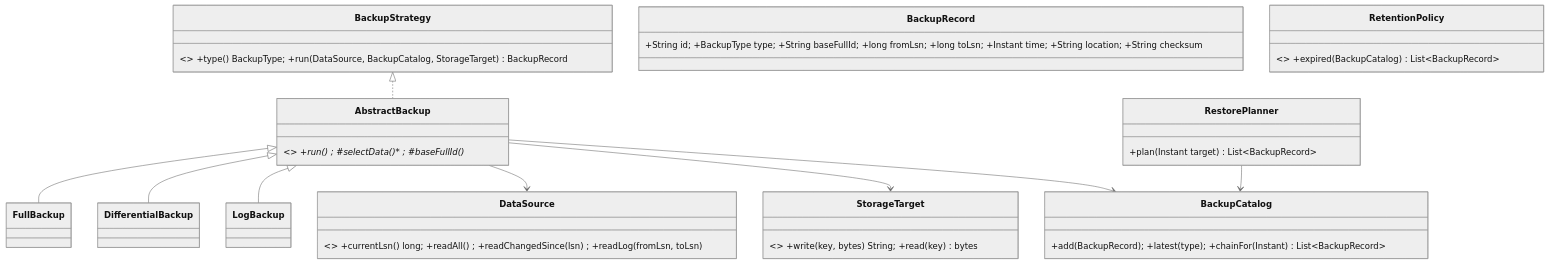
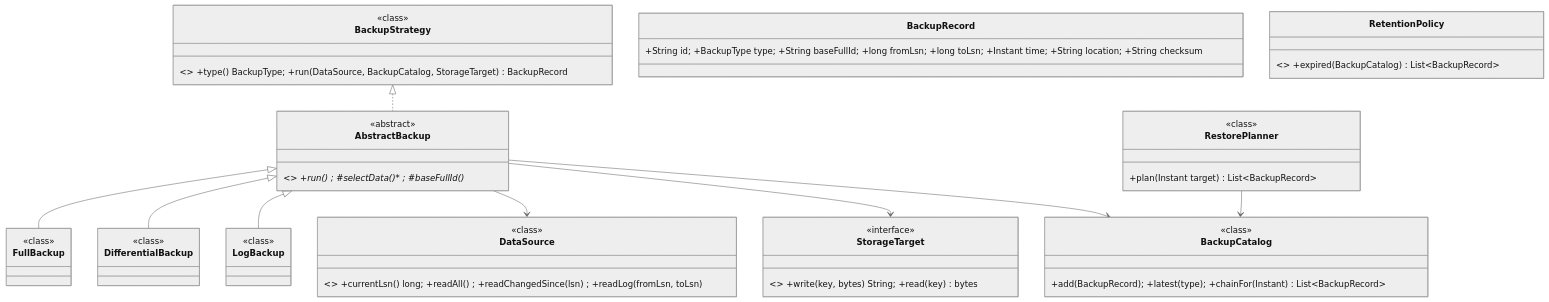
One commit to amarkum/amarkumar.guru changed the first of 2 diagrams in system-design/lld/22-backup-system.md. Above: the diagram before and after it, drawn with Mermaid (neutral theme). The commit also changed 27 other files, not shown here.

Commit message:
Label every UML type as interface, enumeration, abstract, record or class, add missing enums, and colour-code them.

````diff
--- a/system-design/lld/22-backup-system.md
+++ b/system-design/lld/22-backup-system.md
@@ -40,22 +40,46 @@
 ```mermaid
 classDiagram
     class BackupStrategy { <<interface>> +type() BackupType; +run(DataSource, BackupCatalog, StorageTarget) BackupRecord }
     class AbstractBackup { <<abstract>> +run() ; #selectData()* ; #baseFullId()* }
-    class FullBackup
-    class DifferentialBackup
-    class LogBackup
+    class FullBackup {
+      <<class>>
+    }
+    class DifferentialBackup {
+      <<class>>
+    }
+    class LogBackup {
+      <<class>>
+    }
     class DataSource { <<interface>> +currentLsn() long; +readAll() ; +readChangedSince(lsn) ; +readLog(fromLsn, toLsn) }
     class StorageTarget { <<interface>> +write(key, bytes) String; +read(key) bytes }
     class BackupRecord { +String id; +BackupType type; +String baseFullId; +long fromLsn; +long toLsn; +Instant time; +String location; +String checksum }
     class BackupCatalog { +add(BackupRecord); +latest(type); +chainFor(Instant) List~BackupRecord~ }
     class RestorePlanner { +plan(Instant target) List~BackupRecord~ }
     class RetentionPolicy { <<interface>> +expired(BackupCatalog) List~BackupRecord~ }
     BackupStrategy <|.. AbstractBackup
     AbstractBackup <|-- FullBackup
     AbstractBackup <|-- DifferentialBackup
     AbstractBackup <|-- LogBackup
     AbstractBackup --> DataSource
     AbstractBackup --> StorageTarget
     AbstractBackup --> BackupCatalog
     RestorePlanner --> BackupCatalog
+    class RestorePlanner {
+      <<class>>
+    }
+    class BackupCatalog {
+      <<class>>
+    }
+    class AbstractBackup {
+      <<abstract>>
+    }
+    class StorageTarget {
+      <<interface>>
+    }
+    class BackupStrategy {
+      <<class>>
+    }
+    class DataSource {
+      <<class>>
+    }
 ```
````
